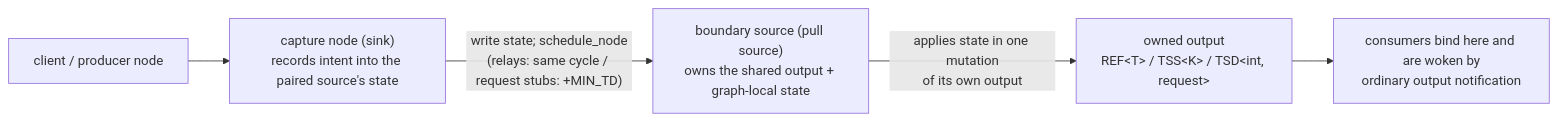
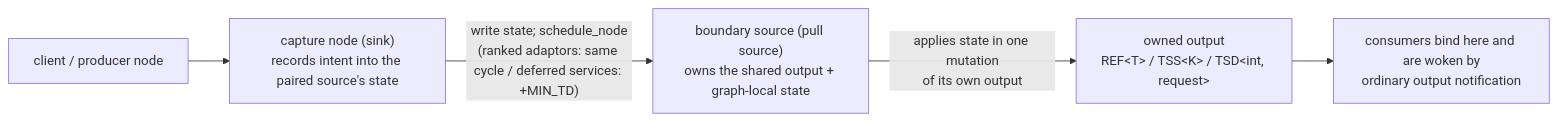
The diagram in docs/source/developer_guide/services.rst (hhenson/hgraph), drawn with Mermaid before and after one commit. The commit also changed other lines of this file and 20 other files, not shown here.

```diff
--- a/docs/source/developer_guide/services.rst
+++ b/docs/source/developer_guide/services.rst
@@ -27,13 +27,13 @@
 .. mermaid::
 
    flowchart LR
       client["client / producer node"]
       cap["capture node (sink)<br/>records intent into the paired source's state"]
       src["boundary source (pull source)<br/>owns the shared output + graph-local state"]
       out["owned output<br/>REF&lt;T&gt; / TSS&lt;K&gt; / TSD&lt;int, request&gt;"]
       cons["consumers bind here and are woken by<br/>ordinary output notification"]
 
       client --> cap
-      cap -->|"write state; schedule_node<br/>(relays: same cycle / request stubs: +MIN_TD)"| src
+      cap -->|"write state; schedule_node<br/>(ranked adaptors: same cycle / deferred services: +MIN_TD)"| src
       src -->|"applies state in one mutation<br/>of its own output"| out
       out --> cons
```
